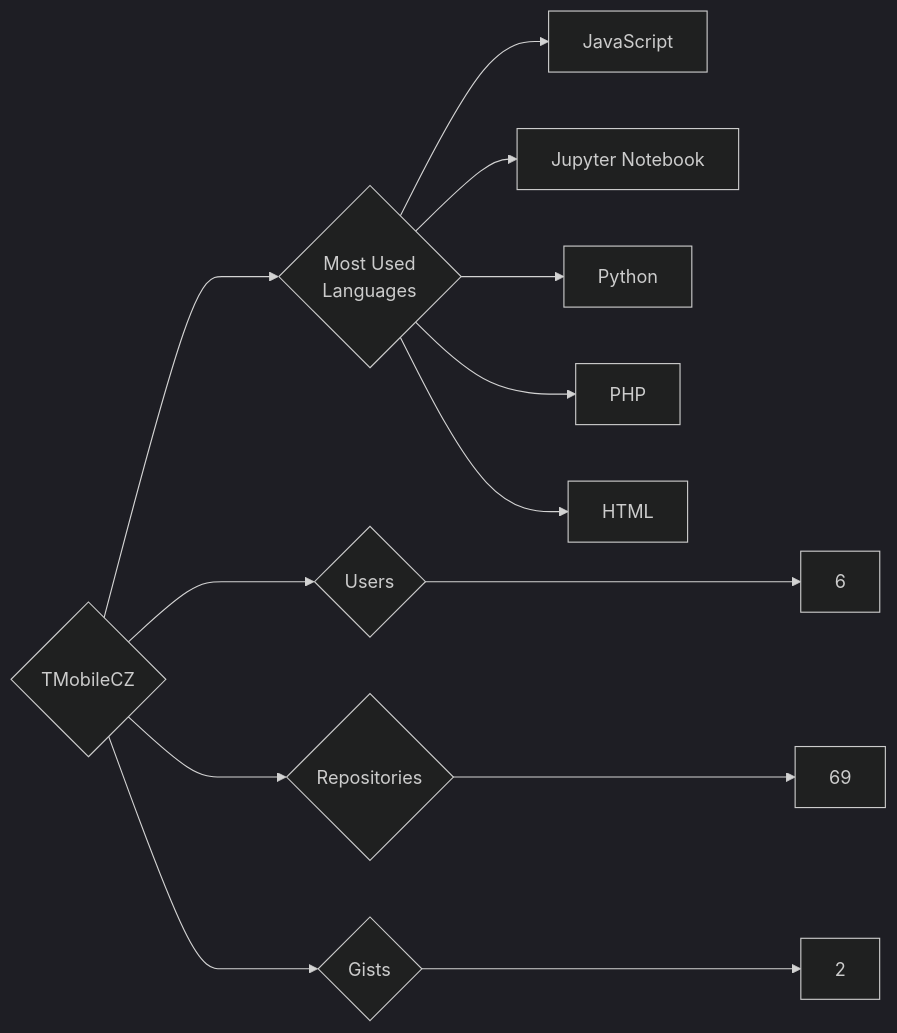
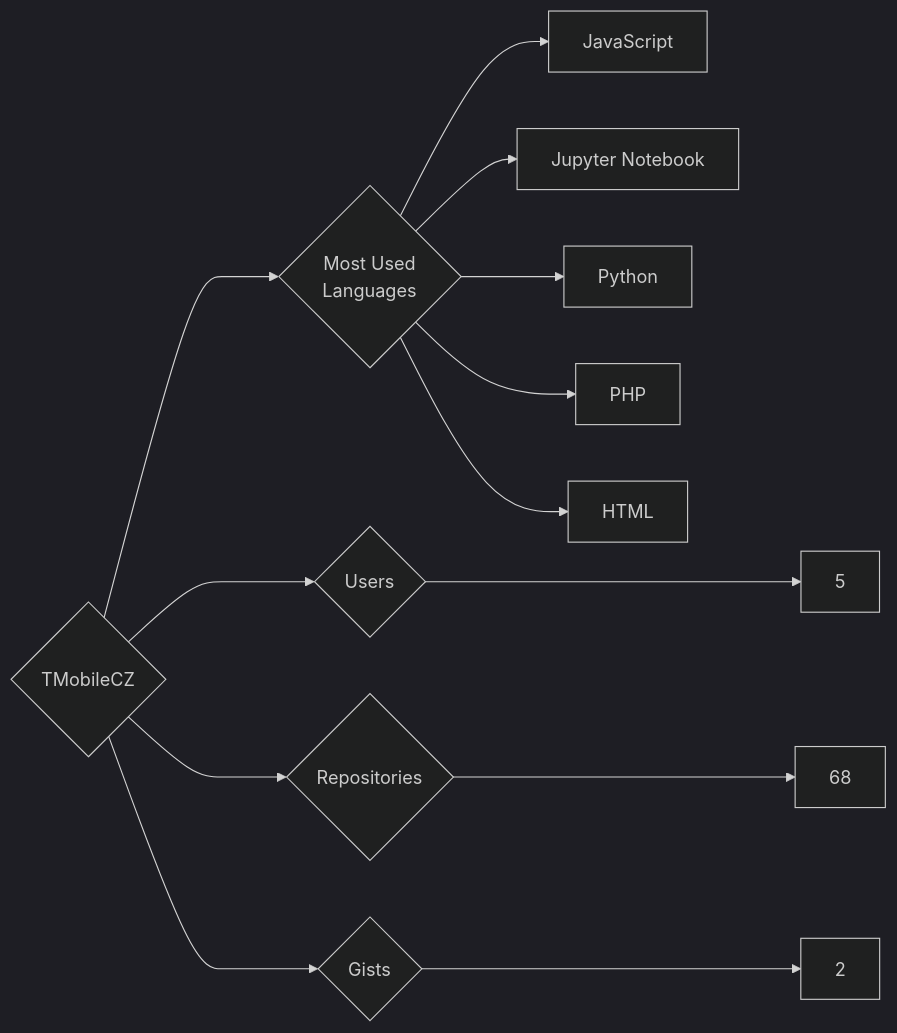
Before and after one commit to trickest/insiders: the diagram in targets/TMobileCZ/README.md, drawn with Mermaid (dark theme). The commit also changed 1508 other files, not shown here.

````diff
--- a/targets/TMobileCZ/README.md
+++ b/targets/TMobileCZ/README.md
@@ -3,13 +3,13 @@
 ```mermaid
 graph LR
 COMPANY_NAME{TMobileCZ}
-COMPANY_NAME ---> U{Users} ---> UN[6]
-COMPANY_NAME ---> R{Repositories} ---> RN[69]
+COMPANY_NAME ---> U{Users} ---> UN[5]
+COMPANY_NAME ---> R{Repositories} ---> RN[68]
 COMPANY_NAME ---> G{Gists} ---> GN[2]
 COMPANY_NAME ---> ML{Most Used<br>Languages}
 ML --> JavaScript[JavaScript]
 ML --> Jupyter_Notebook[Jupyter Notebook]
 ML --> Python[Python]
 ML --> PHP[PHP]
 ML --> HTML[HTML]
 ```
````
